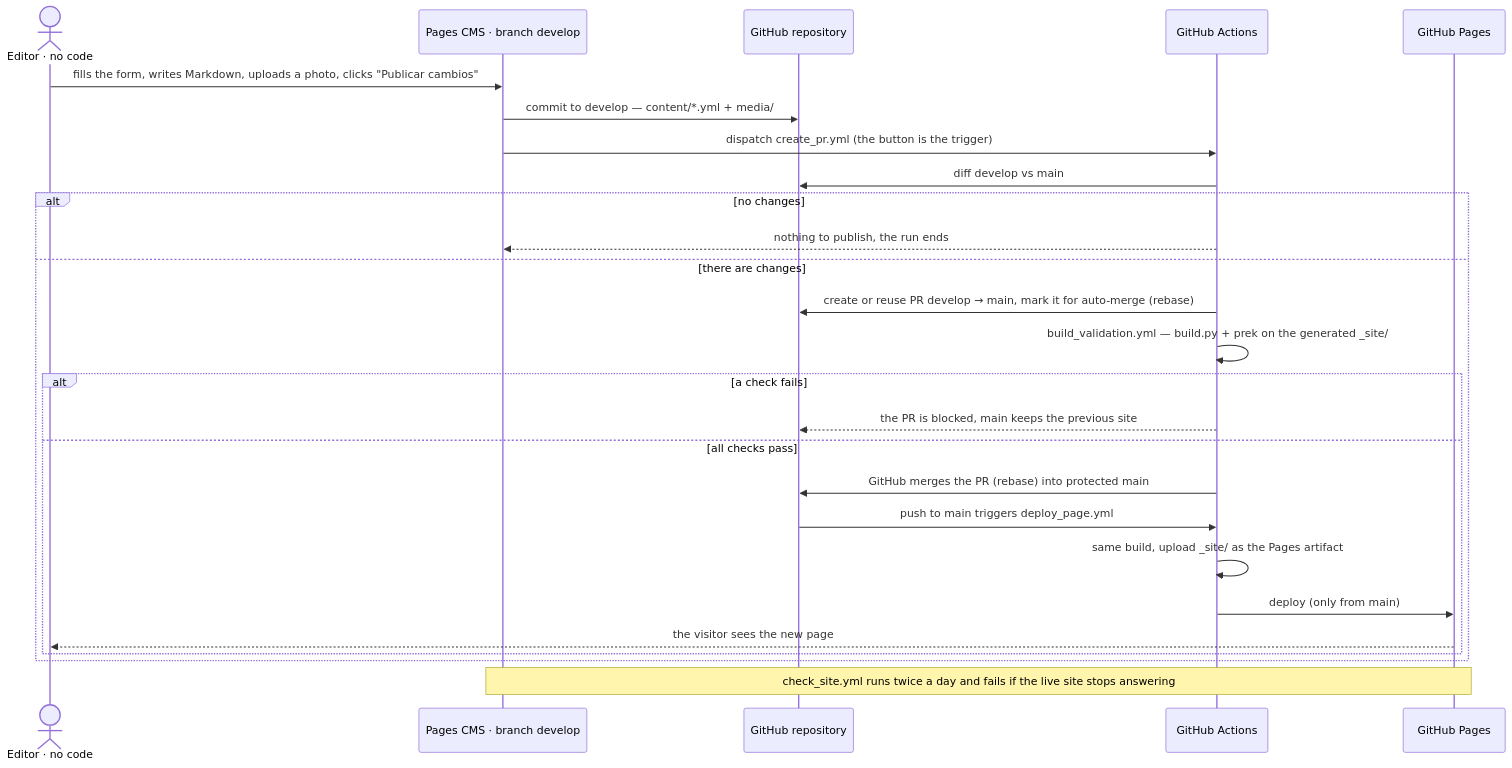
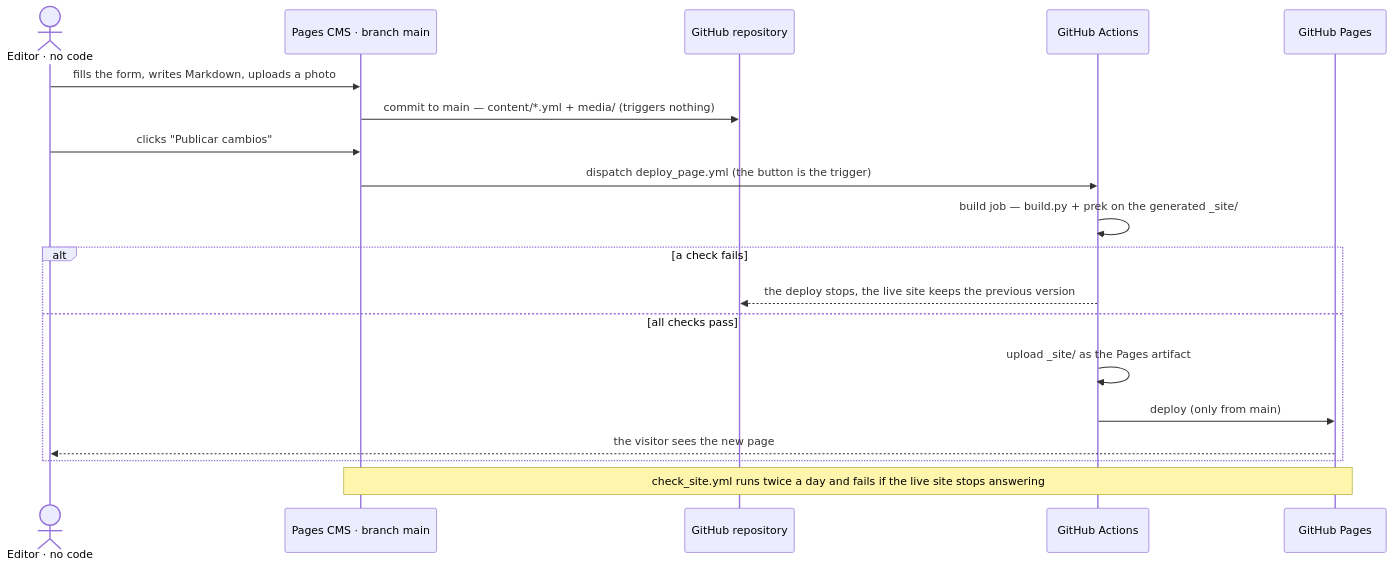
The second of 2 diagrams in README.md (pgValero/neurogarval), drawn with Mermaid before and after one commit. The commit also changed other lines of this file and 7 other files, not shown here.

````diff
--- a/README.md
+++ b/README.md
@@ -348,29 +340,22 @@
 ```mermaid
 sequenceDiagram
     actor E as Editor · no code
-    participant C as Pages CMS · branch develop
+    participant C as Pages CMS · branch main
     participant G as GitHub repository
     participant W as GitHub Actions
     participant P as GitHub Pages
 
-    E->>C: fills the form, writes Markdown, uploads a photo, clicks "Publicar cambios"
-    C->>G: commit to develop — content/*.yml + media/
-    C->>W: dispatch create_pr.yml (the button is the trigger)
-    W->>G: diff develop vs main
-    alt no changes
-        W-->>C: nothing to publish, the run ends
-    else there are changes
-        W->>G: create or reuse PR develop → main, mark it for auto-merge (rebase)
-        W->>W: build_validation.yml — build.py + prek on the generated _site/
-        alt a check fails
-            W-->>G: the PR is blocked, main keeps the previous site
-        else all checks pass
-            W->>G: GitHub merges the PR (rebase) into protected main
-            G->>W: push to main triggers deploy_page.yml
-            W->>W: same build, upload _site/ as the Pages artifact
-            W->>P: deploy (only from main)
-            P-->>E: the visitor sees the new page
-        end
+    E->>C: fills the form, writes Markdown, uploads a photo
+    C->>G: commit to main — content/*.yml + media/ (triggers nothing)
+    E->>C: clicks "Publicar cambios"
+    C->>W: dispatch deploy_page.yml (the button is the trigger)
+    W->>W: build job — build.py + prek on the generated _site/
+    alt a check fails
+        W-->>G: the deploy stops, the live site keeps the previous version
+    else all checks pass
+        W->>W: upload _site/ as the Pages artifact
+        W->>P: deploy (only from main)
+        P-->>E: the visitor sees the new page
     end
     Note over C,P: check_site.yml runs twice a day and fails if the live site stops answering
 ```
````
